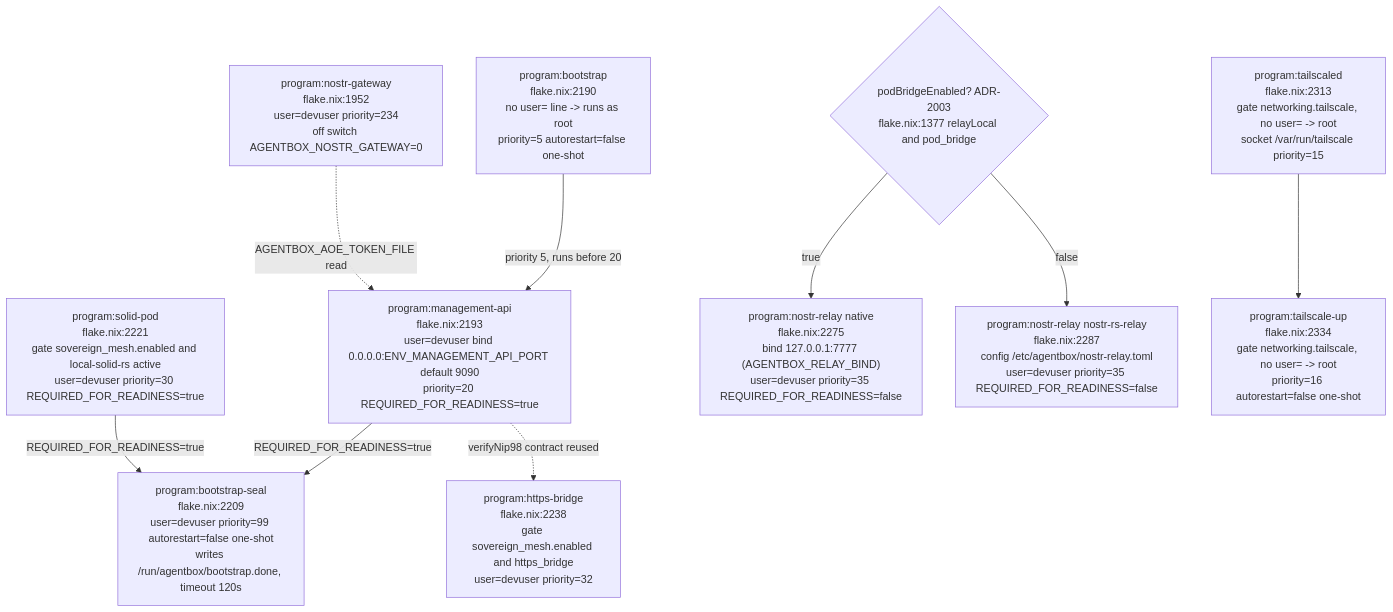
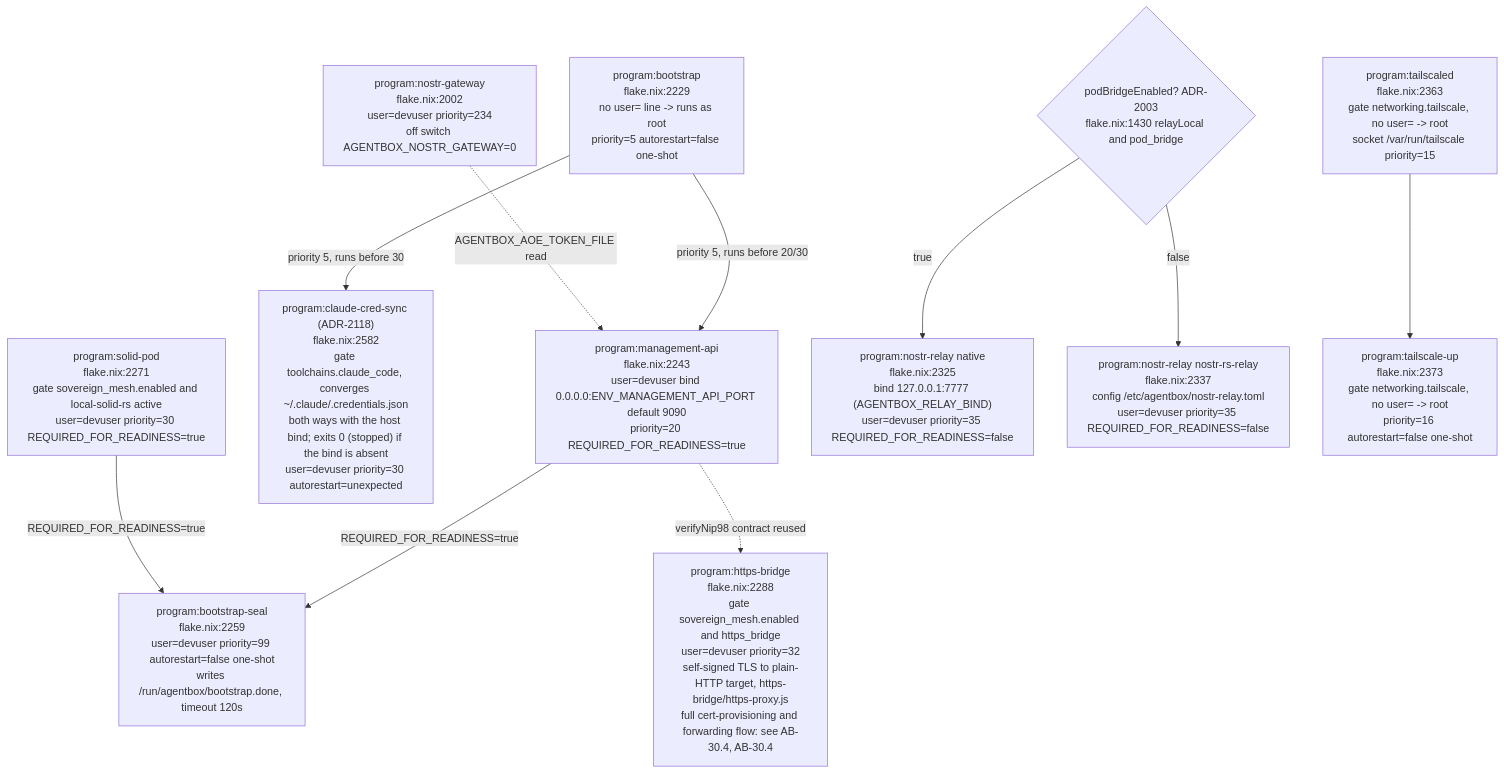
One commit to DreamLab-AI/VisionFlow changed the fourth of 20 diagrams in docs/diagrams/agentbox/02-boot-sequence-and-readiness.md. Above: the diagram before and after it, drawn with Mermaid. The commit also changed other lines of this file and 136 other files, not shown here.

First line of the commit message:
docs(diagrams): refresh the whole corpus to code HEAD and prune low-value diagrams

````diff
--- a/docs/diagrams/agentbox/02-boot-sequence-and-readiness.md
+++ b/docs/diagrams/agentbox/02-boot-sequence-and-readiness.md
@@ -193,23 +200,25 @@
 ```mermaid
 flowchart TB
-    BOOT["program:bootstrap<br/>flake.nix:2190<br/>no user= line -&gt; runs as root<br/>priority=5 autorestart=false one-shot"]
-    MGMT["program:management-api<br/>flake.nix:2193<br/>user=devuser bind 0.0.0.0:ENV_MANAGEMENT_API_PORT default 9090<br/>priority=20 REQUIRED_FOR_READINESS=true"]
-    SEAL["program:bootstrap-seal<br/>flake.nix:2209<br/>user=devuser priority=99 autorestart=false one-shot<br/>writes /run/agentbox/bootstrap.done, timeout 120s"]
-    SOLID["program:solid-pod<br/>flake.nix:2221<br/>gate sovereign_mesh.enabled and local-solid-rs active<br/>user=devuser priority=30 REQUIRED_FOR_READINESS=true"]
-    HTTPSB["program:https-bridge<br/>flake.nix:2238<br/>gate sovereign_mesh.enabled and https_bridge<br/>user=devuser priority=32"]
-    GATERELAY{"podBridgeEnabled? ADR-2003<br/>flake.nix:1377 relayLocal and pod_bridge"}
-    NRELAY1["program:nostr-relay native<br/>flake.nix:2275<br/>bind 127.0.0.1:7777 (AGENTBOX_RELAY_BIND)<br/>user=devuser priority=35 REQUIRED_FOR_READINESS=false"]
-    NRELAY2["program:nostr-relay nostr-rs-relay<br/>flake.nix:2287<br/>config /etc/agentbox/nostr-relay.toml<br/>user=devuser priority=35 REQUIRED_FOR_READINESS=false"]
-    NGW["program:nostr-gateway<br/>flake.nix:1952<br/>user=devuser priority=234<br/>off switch AGENTBOX_NOSTR_GATEWAY=0"]
-    TSD["program:tailscaled<br/>flake.nix:2313<br/>gate networking.tailscale, no user= -&gt; root<br/>socket /var/run/tailscale priority=15"]
-    TSU["program:tailscale-up<br/>flake.nix:2334<br/>gate networking.tailscale, no user= -&gt; root<br/>priority=16 autorestart=false one-shot"]
+    BOOT["program:bootstrap<br/>flake.nix:2229<br/>no user= line -&gt; runs as root<br/>priority=5 autorestart=false one-shot"]
+    MGMT["program:management-api<br/>flake.nix:2243<br/>user=devuser bind 0.0.0.0:ENV_MANAGEMENT_API_PORT default 9090<br/>priority=20 REQUIRED_FOR_READINESS=true"]
+    CRED["program:claude-cred-sync (ADR-2118)<br/>flake.nix:2582<br/>gate toolchains.claude_code, converges ~/.claude/.credentials.json<br/>both ways with the host bind; exits 0 (stopped) if the bind is absent<br/>user=devuser priority=30 autorestart=unexpected"]
+    SEAL["program:bootstrap-seal<br/>flake.nix:2259<br/>user=devuser priority=99 autorestart=false one-shot<br/>writes /run/agentbox/bootstrap.done, timeout 120s"]
+    SOLID["program:solid-pod<br/>flake.nix:2271<br/>gate sovereign_mesh.enabled and local-solid-rs active<br/>user=devuser priority=30 REQUIRED_FOR_READINESS=true"]
+    HTTPSB["program:https-bridge<br/>flake.nix:2288<br/>gate sovereign_mesh.enabled and https_bridge<br/>user=devuser priority=32<br/>self-signed TLS to plain-HTTP target, https-bridge/https-proxy.js<br/>full cert-provisioning and forwarding flow: see AB-30.4, AB-30.4"]
+    GATERELAY{"podBridgeEnabled? ADR-2003<br/>flake.nix:1430 relayLocal and pod_bridge"}
+    NRELAY1["program:nostr-relay native<br/>flake.nix:2325<br/>bind 127.0.0.1:7777 (AGENTBOX_RELAY_BIND)<br/>user=devuser priority=35 REQUIRED_FOR_READINESS=false"]
+    NRELAY2["program:nostr-relay nostr-rs-relay<br/>flake.nix:2337<br/>config /etc/agentbox/nostr-relay.toml<br/>user=devuser priority=35 REQUIRED_FOR_READINESS=false"]
+    NGW["program:nostr-gateway<br/>flake.nix:2002<br/>user=devuser priority=234<br/>off switch AGENTBOX_NOSTR_GATEWAY=0"]
+    TSD["program:tailscaled<br/>flake.nix:2363<br/>gate networking.tailscale, no user= -&gt; root<br/>socket /var/run/tailscale priority=15"]
+    TSU["program:tailscale-up<br/>flake.nix:2373<br/>gate networking.tailscale, no user= -&gt; root<br/>priority=16 autorestart=false one-shot"]
 
-    BOOT -->|"priority 5, runs before 20"| MGMT
+    BOOT -->|"priority 5, runs before 20/30"| MGMT
+    BOOT -->|"priority 5, runs before 30"| CRED
     MGMT -->|"REQUIRED_FOR_READINESS=true"| SEAL
     SOLID -->|"REQUIRED_FOR_READINESS=true"| SEAL
     GATERELAY -->|true| NRELAY1
     GATERELAY -->|false| NRELAY2
     MGMT -.->|"verifyNip98 contract reused"| HTTPSB
     TSD --> TSU
     NGW -.->|"AGENTBOX_AOE_TOKEN_FILE read"| MGMT
 ```
````
